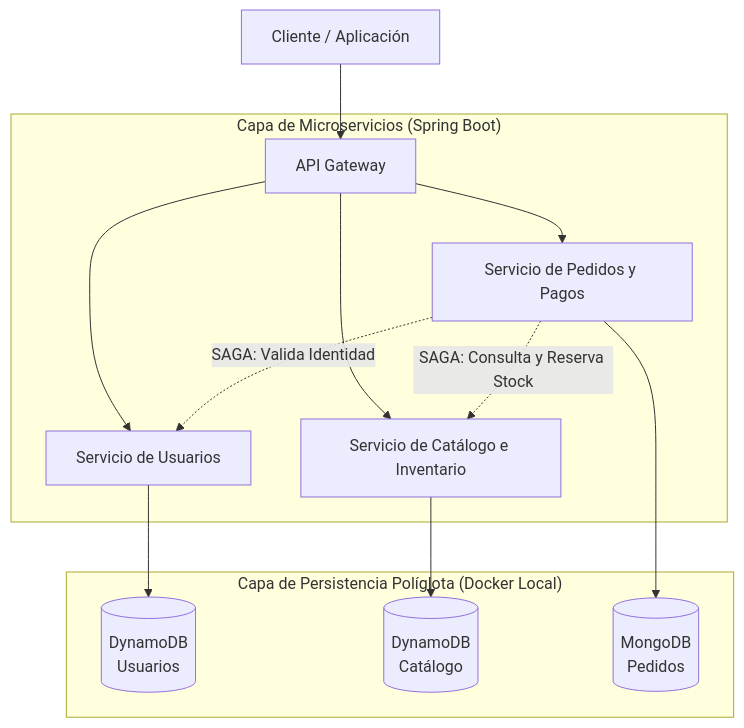
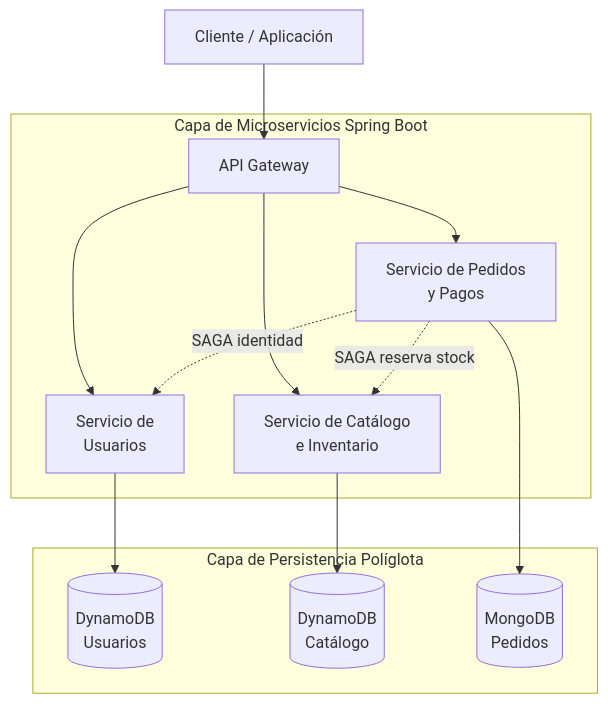
The first of 2 diagrams in README.md (MGM1989/Microservicios-ShopExpress), drawn with Mermaid before and after one commit.

Commit message:
Merge origin/master con el modelo entidad-relación del README.

````diff
--- a/README.md
+++ b/README.md
@@ -27,20 +27,19 @@
 ```mermaid
 graph TD
-    Client[Cliente / Aplicación] --> API[API Gateway]
+    Client["Cliente / Aplicación"] --> API["API Gateway"]
 
-    subgraph "Capa de Microservicios (Spring Boot)"
-        API --> SU[Servicio de Usuarios]
-        API --> SC[Servicio de Catálogo e Inventario]
-        API --> SP[Servicio de Pedidos y Pagos]
+    subgraph MICRO["Capa de Microservicios Spring Boot"]
+        API --> SU["Servicio de<br/>Usuarios"]
+        API --> SC["Servicio de Catálogo<br/>e Inventario"]
+        API --> SP["Servicio de Pedidos<br/>y Pagos"]
     end
 
-    subgraph "Capa de Persistencia Políglota (Docker Local)"
-        SU --> DB_DynU[(DynamoDB \n Usuarios)]
-        SC --> DB_DynC[(DynamoDB \n Catálogo)]
-        SP --> DB_Mongo[(MongoDB \n Pedidos)]
+    subgraph DATA["Capa de Persistencia Políglota"]
+        SU --> DB_DynU[("DynamoDB<br/>Usuarios")]
+        SC --> DB_DynC[("DynamoDB<br/>Catálogo")]
+        SP --> DB_Mongo[("MongoDB<br/>Pedidos")]
     end
 
-    %% Patrón SAGA - Orquestación centralizada en Pedidos
-    SP -.->|SAGA: Valida Identidad| SU
-    SP -.->|SAGA: Consulta y Reserva Stock| SC
+    SP -.->|SAGA identidad| SU
+    SP -.->|SAGA reserva stock| SC
 ```
````
